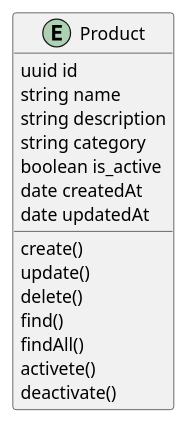
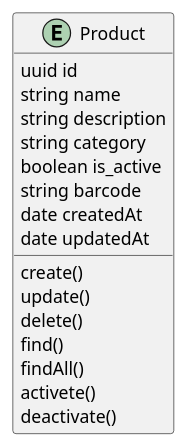
One commit to wwchacalww/sorveteria changed the diagram in uml/entities/product-class.wsd. Above: the diagram before and after it, drawn with PlantUML. The commit also changed 2 other files, not shown here.

```diff
--- a/uml/entities/product-class.wsd
+++ b/uml/entities/product-class.wsd
@@ -1,20 +1,21 @@
 @startuml
 
 entity Product
 
 Product : uuid id
 Product : string name
 Product : string description
 Product : string category
 Product : boolean is_active
+Product : string barcode
 Product : date createdAt
 Product : date updatedAt
 
 Product : create()
 Product : update()
 Product : delete()
 Product : find()
 Product : findAll()
 Product : activete()
 Product : deactivate()
 @enduml
```
